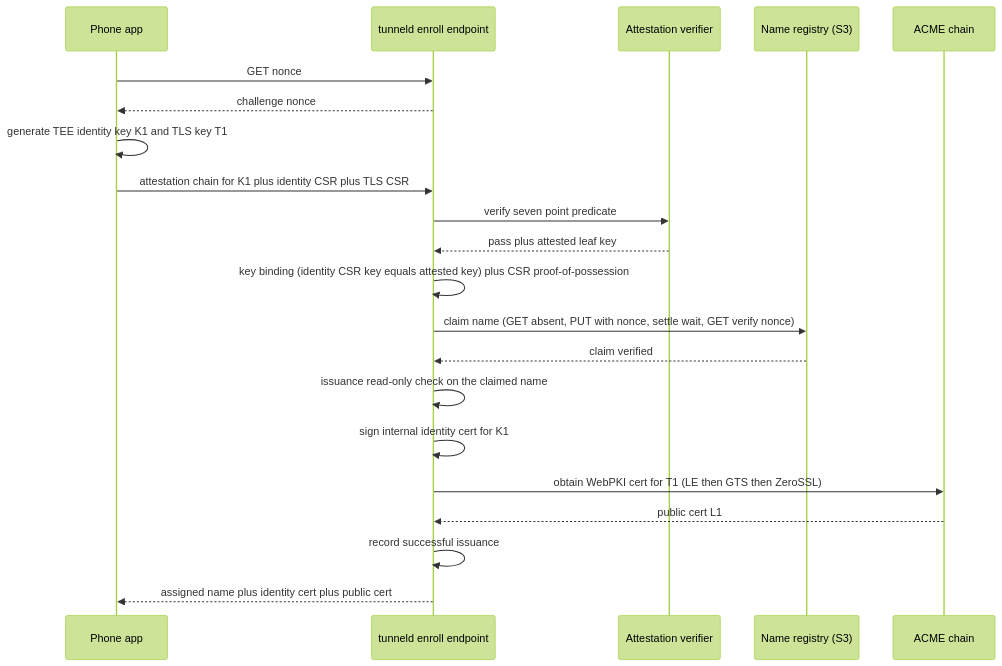
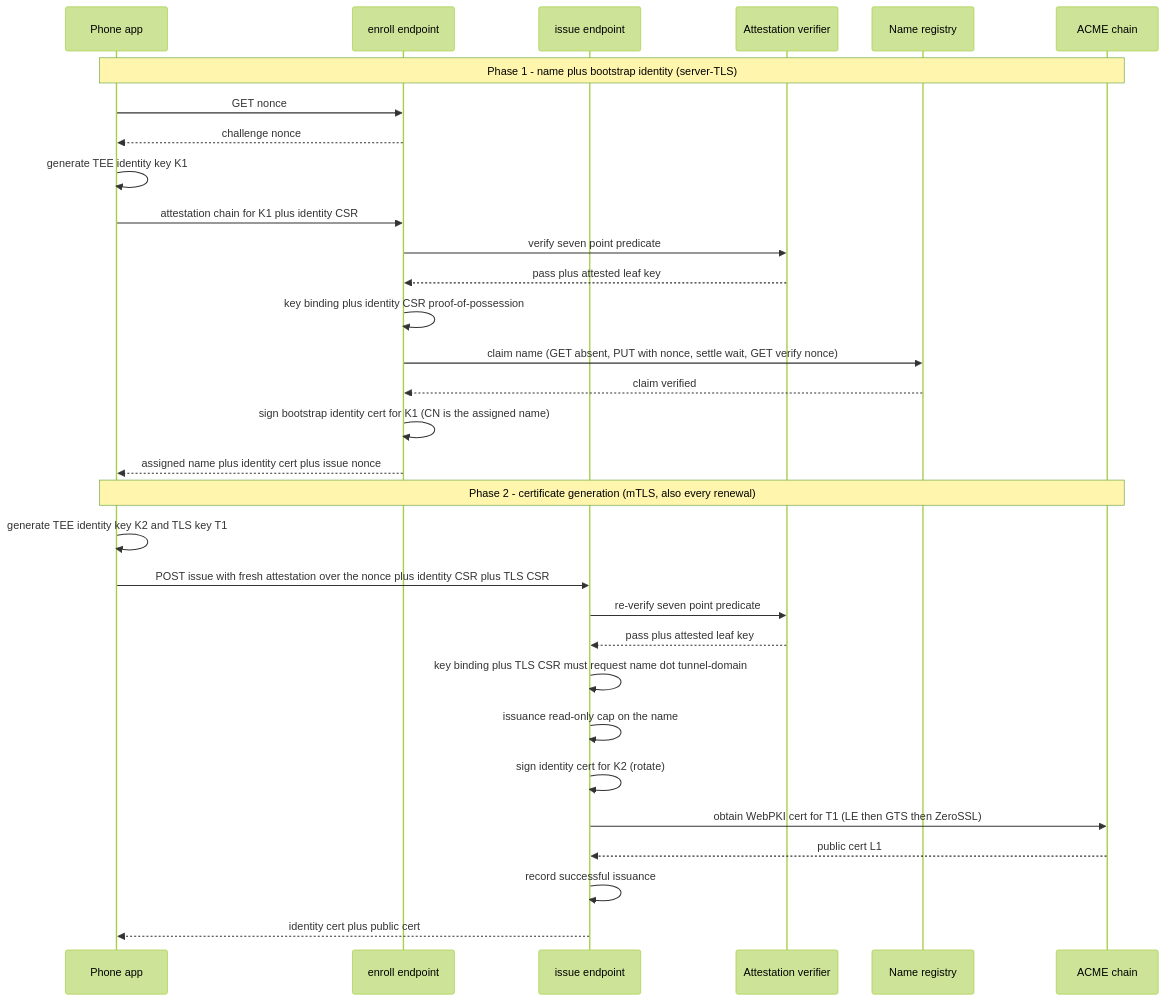
The diagram in docs/PROTOCOL.md (danielealbano/android-remote-control-mcp-tunneld), drawn with Mermaid (forest theme) before and after one commit. The commit also changed other lines of this file and 17 other files, not shown here.

First line of the commit message:
refactor(tunneld): US14 — two-phase enrollment + mTLS /issue endpoint

````diff
--- a/docs/PROTOCOL.md
+++ b/docs/PROTOCOL.md
@@ -34,23 +43,33 @@
 ```mermaid
 sequenceDiagram
     participant PhoneApp as Phone app
-    participant EP as tunneld enroll endpoint
+    participant EP as enroll endpoint
+    participant IS as issue endpoint
     participant AT as Attestation verifier
-    participant REG as Name registry (S3)
+    participant REG as Name registry
     participant ACME as ACME chain
+    Note over PhoneApp,ACME: Phase 1 - name plus bootstrap identity (server-TLS)
     PhoneApp->>EP: GET nonce
     EP-->>PhoneApp: challenge nonce
-    PhoneApp->>PhoneApp: generate TEE identity key K1 and TLS key T1
-    PhoneApp->>EP: attestation chain for K1 plus identity CSR plus TLS CSR
+    PhoneApp->>PhoneApp: generate TEE identity key K1
+    PhoneApp->>EP: attestation chain for K1 plus identity CSR
     EP->>AT: verify seven point predicate
     AT-->>EP: pass plus attested leaf key
-    EP->>EP: key binding (identity CSR key equals attested key) plus CSR proof-of-possession
+    EP->>EP: key binding plus identity CSR proof-of-possession
     EP->>REG: claim name (GET absent, PUT with nonce, settle wait, GET verify nonce)
     REG-->>EP: claim verified
-    EP->>EP: issuance read-only check on the claimed name
-    EP->>EP: sign internal identity cert for K1
-    EP->>ACME: obtain WebPKI cert for T1 (LE then GTS then ZeroSSL)
-    ACME-->>EP: public cert L1
-    EP->>EP: record successful issuance
-    EP-->>PhoneApp: assigned name plus identity cert plus public cert
+    EP->>EP: sign bootstrap identity cert for K1 (CN is the assigned name)
+    EP-->>PhoneApp: assigned name plus identity cert plus issue nonce
+    Note over PhoneApp,ACME: Phase 2 - certificate generation (mTLS, also every renewal)
+    PhoneApp->>PhoneApp: generate TEE identity key K2 and TLS key T1
+    PhoneApp->>IS: POST issue with fresh attestation over the nonce plus identity CSR plus TLS CSR
+    IS->>AT: re-verify seven point predicate
+    AT-->>IS: pass plus attested leaf key
+    IS->>IS: key binding plus TLS CSR must request name dot tunnel-domain
+    IS->>IS: issuance read-only cap on the name
+    IS->>IS: sign identity cert for K2 (rotate)
+    IS->>ACME: obtain WebPKI cert for T1 (LE then GTS then ZeroSSL)
+    ACME-->>IS: public cert L1
+    IS->>IS: record successful issuance
+    IS-->>PhoneApp: identity cert plus public cert
 ```
````
